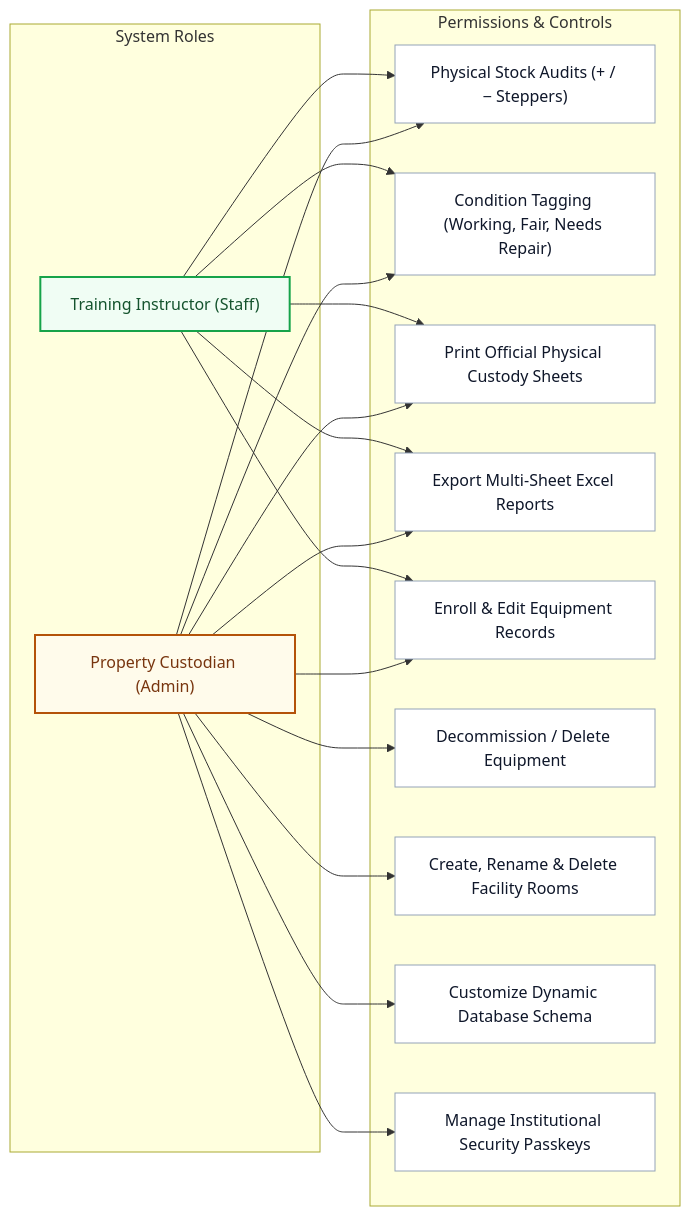
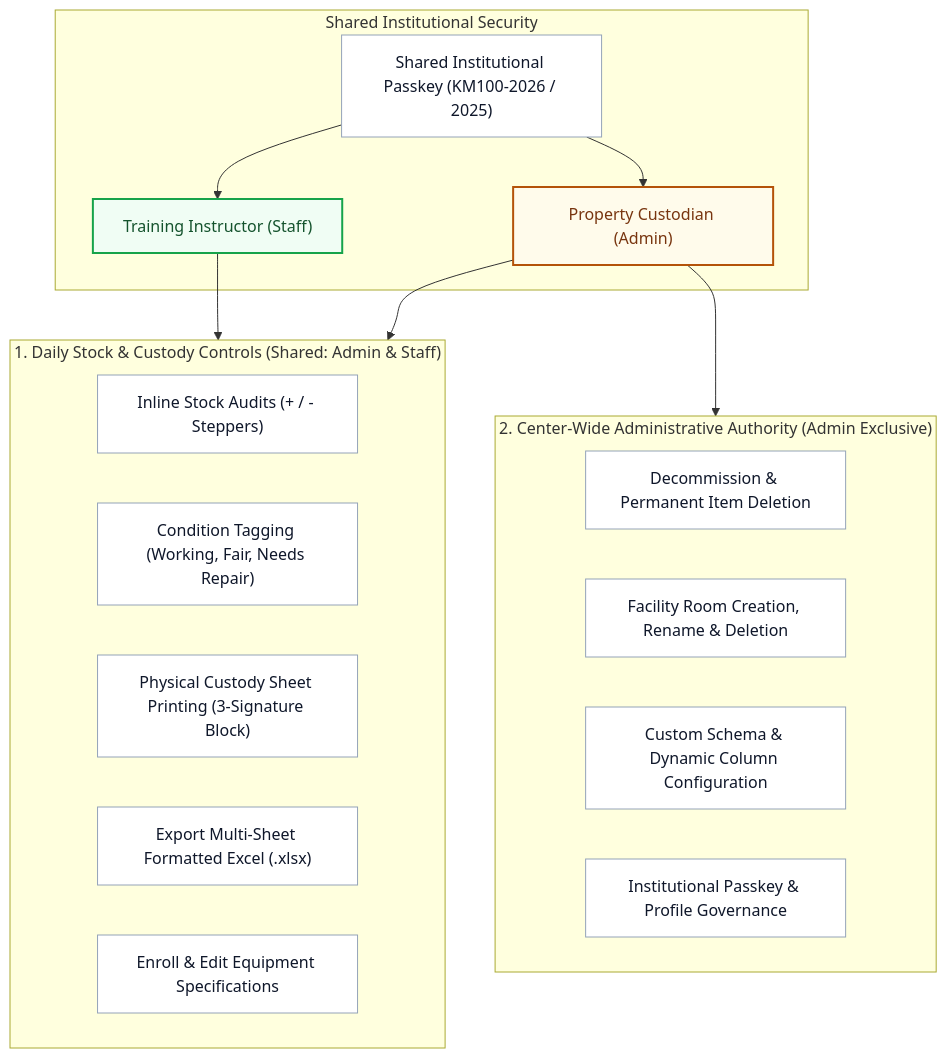
Before and after one commit to kai-zze/KM100-Stock: the fifth of 5 diagrams in docs/APP_FLOWCHART.md, drawn with Mermaid. The commit also changed other lines of this file and 9 other files, not shown here.

Commit message:
docs: adapt flowcharts for bond paper layout and shared passkey architecture

````diff
--- a/docs/APP_FLOWCHART.md
+++ b/docs/APP_FLOWCHART.md
@@ -280,42 +270,34 @@
 ```mermaid
-flowchart LR
-    subgraph Roles["System Roles"]
-        Admin["Property Custodian (Admin)"]
-        Staff["Training Instructor (Staff)"]
+flowchart TD
+    subgraph PasskeyGovernance["Shared Institutional Security"]
+        SharedKey["Shared Institutional Passkey (KM100-2026 / 2025)"]
+        SharedKey --> RoleAdmin["Property Custodian (Admin)"]
+        SharedKey --> RoleStaff["Training Instructor (Staff)"]
     end
 
-    subgraph Capabilities["Permissions & Controls"]
-        P1["Physical Stock Audits (+ / − Steppers)"]
+    subgraph Tier1["1. Daily Stock & Custody Controls (Shared: Admin & Staff)"]
+        P1["Inline Stock Audits (+ / - Steppers)"]
         P2["Condition Tagging (Working, Fair, Needs Repair)"]
-        P3["Print Official Physical Custody Sheets"]
-        P4["Export Multi-Sheet Excel Reports"]
-        P5["Enroll & Edit Equipment Records"]
-        P6["Decommission / Delete Equipment"]
-        P7["Create, Rename & Delete Facility Rooms"]
-        P8["Customize Dynamic Database Schema"]
-        P9["Manage Institutional Security Passkeys"]
+        P3["Physical Custody Sheet Printing (3-Signature Block)"]
+        P4["Export Multi-Sheet Formatted Excel (.xlsx)"]
+        P5["Enroll & Edit Equipment Specifications"]
     end
 
-    Staff --> P1
-    Staff --> P2
-    Staff --> P3
-    Staff --> P4
-    Staff --> P5
+    subgraph Tier2["2. Center-Wide Administrative Authority (Admin Exclusive)"]
+        P6["Decommission & Permanent Item Deletion"]
+        P7["Facility Room Creation, Rename & Deletion"]
+        P8["Custom Schema & Dynamic Column Configuration"]
+        P9["Institutional Passkey & Profile Governance"]
+    end
 
-    Admin --> P1
-    Admin --> P2
-    Admin --> P3
-    Admin --> P4
-    Admin --> P5
-    Admin --> P6
-    Admin --> P7
-    Admin --> P8
-    Admin --> P9
+    RoleStaff --> Tier1
+    RoleAdmin --> Tier1
+    RoleAdmin --> Tier2
 
     classDef default fill:#ffffff,stroke:#94a3b8,stroke-width:1px,color:#0f172a;
     classDef admin fill:#fffbeb,stroke:#b45309,stroke-width:2px,color:#78350f;
     classDef staff fill:#f0fdf4,stroke:#16a34a,stroke-width:2px,color:#14532d;
 
-    class Admin admin;
-    class Staff staff;
+    class RoleAdmin admin;
+    class RoleStaff staff;
 ```
````
